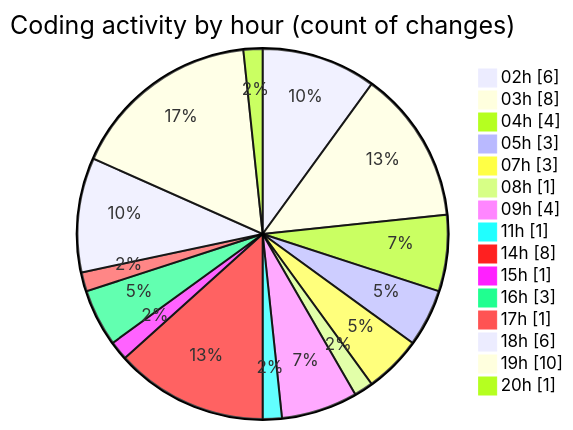
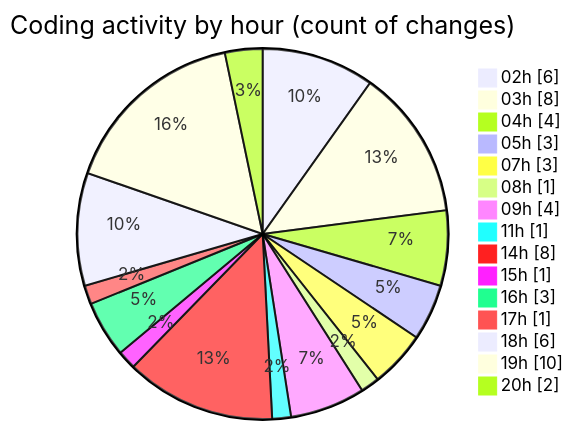
Before and after one commit to FelipKnott/code-tracking: the second of 2 diagrams in 2025-07-03/cursor/README.md, drawn with Mermaid. The commit also changed other lines of this file and 1 other file, not shown here.

````diff
--- a/2025-07-03/cursor/README.md
+++ b/2025-07-03/cursor/README.md
@@ -44,19 +44,19 @@
 ```mermaid
 pie showData
 title Coding activity by hour (count of changes)
 "02h" : 6
 "03h" : 8
 "04h" : 4
 "05h" : 3
 "07h" : 3
 "08h" : 1
 "09h" : 4
 "11h" : 1
 "14h" : 8
 "15h" : 1
 "16h" : 3
 "17h" : 1
 "18h" : 6
 "19h" : 10
-"20h" : 1
+"20h" : 2
 ```
````
